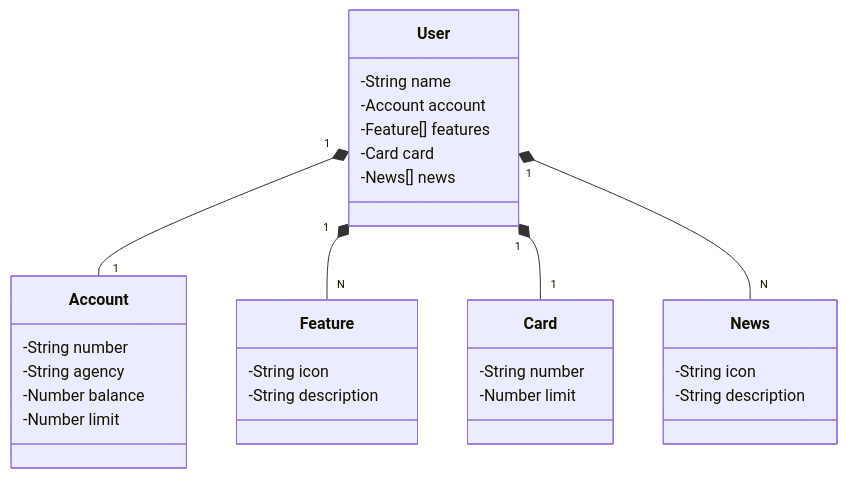
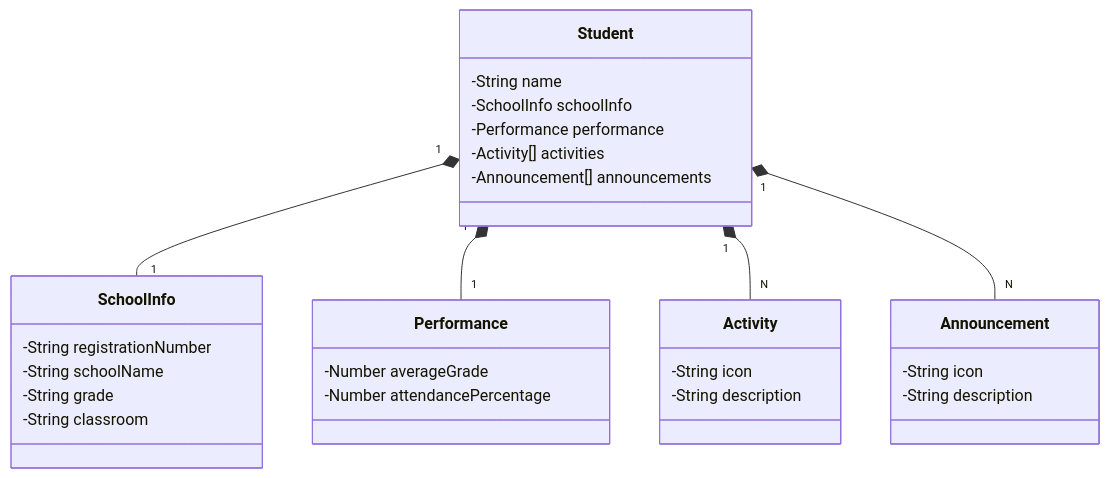
Before and after one commit to geo-filho/API-Students-Management: the diagram in README.md, drawn with Mermaid. The commit also changed other lines of this file, not shown here.

````diff
--- a/README.md
+++ b/README.md
@@ -18,37 +23,37 @@
 ```mermaid
 classDiagram
-  class User {
+  class Student {
     -String name
-    -Account account
-    -Feature[] features
-    -Card card
-    -News[] news
+    -SchoolInfo schoolInfo
+    -Performance performance
+    -Activity[] activities
+    -Announcement[] announcements
   }
 
-  class Account {
-    -String number
-    -String agency
-    -Number balance
-    -Number limit
+  class SchoolInfo {
+    -String registrationNumber
+    -String schoolName
+    -String grade
+    -String classroom
   }
 
-  class Feature {
+  class Performance {
+    -Number averageGrade
+    -Number attendancePercentage
+  }
+
+  class Activity {
     -String icon
     -String description
   }
 
-  class Card {
-    -String number
-    -Number limit
-  }
-
-  class News {
+  class Announcement {
     -String icon
     -String description
   }
 
-  User "1" *-- "1" Account
-  User "1" *-- "N" Feature
-  User "1" *-- "1" Card
-  User "1" *-- "N" News
+  Student "1" *-- "1" SchoolInfo
+  Student "1" *-- "1" Performance
+  Student "1" *-- "N" Activity
+  Student "1" *-- "N" Announcement
 ```
````
